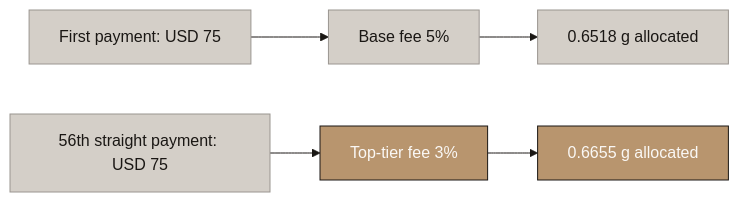
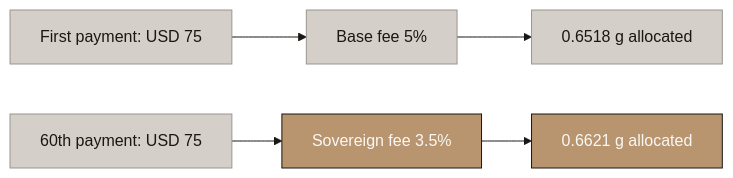
The third of 7 diagrams in deliverables/2-mechanism-design/Aurumix_Process_Maps_ICS_Benefits.md (Abdsys/Aurumix), drawn with Mermaid before and after one commit. The commit also changed other lines of this file and 9 other files, not shown here.

````diff
--- a/deliverables/2-mechanism-design/Aurumix_Process_Maps_ICS_Benefits.md
+++ b/deliverables/2-mechanism-design/Aurumix_Process_Maps_ICS_Benefits.md
@@ -121,26 +121,26 @@
 ```mermaid
 %%{init: {'theme': 'base', 'themeVariables': {
     'primaryColor': '#B8956E',
     'primaryTextColor': '#1A1714',
     'primaryBorderColor': '#1A1714',
     'lineColor': '#1A1714',
     'secondaryColor': '#FAF8F5',
     'tertiaryColor': '#D4CFC8',
     'fontFamily': 'Libre Franklin, sans-serif',
     'edgeLabelBackground': '#D4CFC8',
     'clusterBkg': '#FAF8F5',
     'clusterBorder': '#B8956E'
 }}}%%
 graph LR
     A["First payment: USD 75"] --> B["Base fee 5%"]
     B --> C["0.6518 g allocated"]
-    D["56th straight payment: USD 75"] --> E["Top-tier fee 3%"]
-    E --> F["0.6655 g allocated"]
+    D["60th payment: USD 75"] --> E["Sovereign fee 3.5%"]
+    E --> F["0.6621 g allocated"]
 
     style A fill:#D4CFC8,stroke:#9A9590,color:#1A1714
     style B fill:#D4CFC8,stroke:#9A9590,color:#1A1714
     style C fill:#D4CFC8,stroke:#9A9590,color:#1A1714
     style D fill:#D4CFC8,stroke:#9A9590,color:#1A1714
     style E fill:#B8956E,stroke:#1A1714,color:#FAF8F5
     style F fill:#B8956E,stroke:#1A1714,color:#FAF8F5
 ```
````
